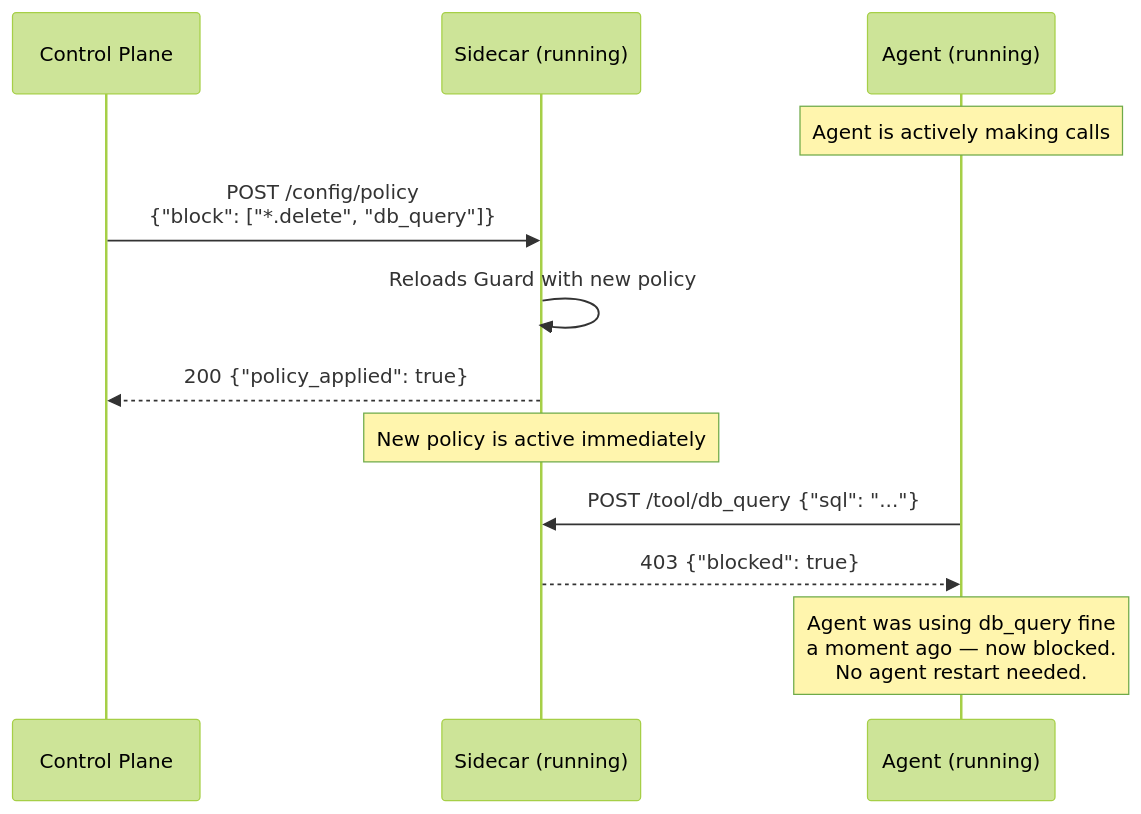
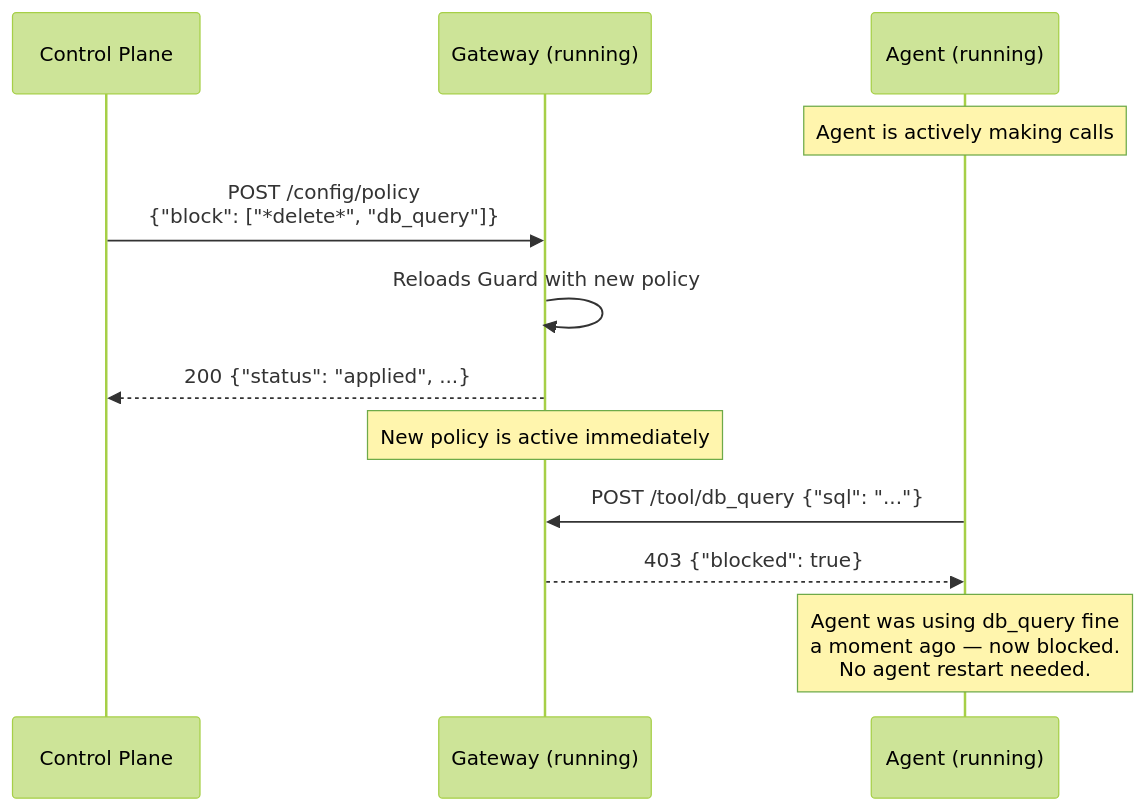
Before and after one commit to hk-775/ostiari: the sixth of 41 diagrams in docs/gateway-architecture.md, drawn with Mermaid (forest theme). The commit also changed other lines of this file and 21 other files, not shown here.

````diff
--- a/docs/gateway-architecture.md
+++ b/docs/gateway-architecture.md
@@ -371,19 +571,19 @@
 ```mermaid
 sequenceDiagram
     participant CP as Control Plane
-    participant SC as Sidecar (running)
+    participant SC as Gateway (running)
     participant Agent as Agent (running)
 
     Note over Agent: Agent is actively making calls
 
-    CP->>SC: POST /config/policy<br/>{"block": ["*.delete", "db_query"]}
+    CP->>SC: POST /config/policy<br/>{"block": ["*delete*", "db_query"]}
     SC->>SC: Reloads Guard with new policy
-    SC-->>CP: 200 {"policy_applied": true}
+    SC-->>CP: 200 {"status": "applied", ...}
 
     Note over SC: New policy is active immediately
 
     Agent->>SC: POST /tool/db_query {"sql": "..."}
     SC-->>Agent: 403 {"blocked": true}
 
     Note over Agent: Agent was using db_query fine<br/>a moment ago — now blocked.<br/>No agent restart needed.
 ```
````
